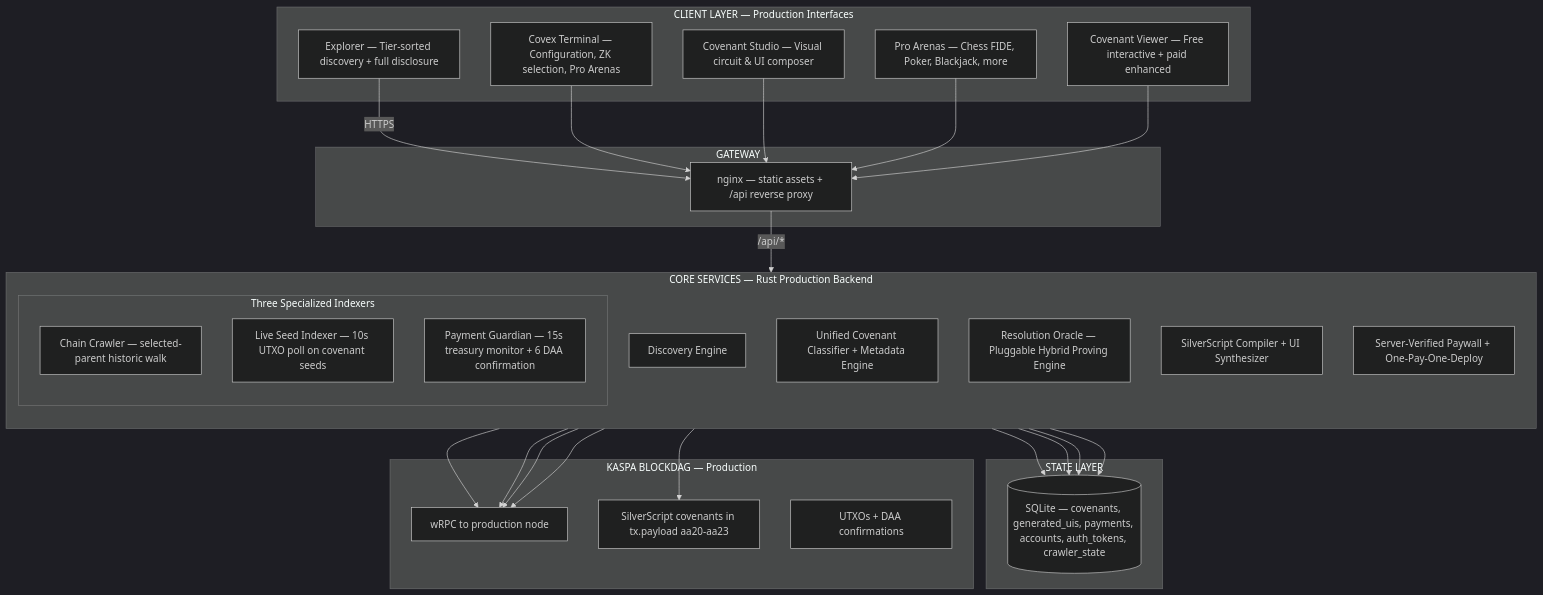
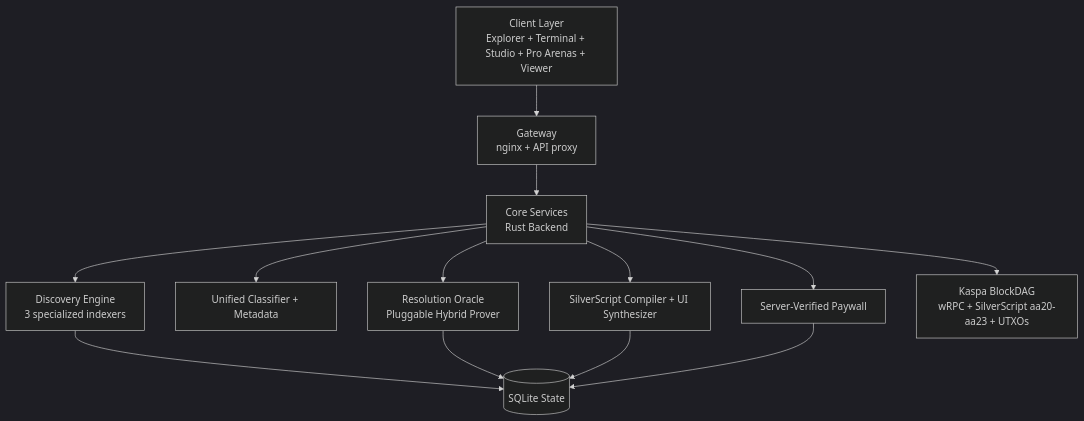
The first of 5 diagrams in README.md (THTProtocol/Covex27), drawn with Mermaid (dark theme) before and after one commit. The commit also changed other lines of this file, not shown here.

First line of the commit message:
docs(readme): Bigger focused mermaid diagrams + no em-dashes + more engaging narrative

````diff
--- a/README.md
+++ b/README.md
@@ -46,56 +58,19 @@
 ```mermaid
 flowchart TB
-    subgraph Client["CLIENT LAYER — Production Interfaces"]
-        E[Explorer — Tier-sorted discovery + full disclosure]
-        T[Covex Terminal — Configuration, ZK selection, Pro Arenas]
-        CS[Covenant Studio — Visual circuit & UI composer]
-        A[Pro Arenas — Chess FIDE, Poker, Blackjack, more]
-        V[Covenant Viewer — Free interactive + paid enhanced]
-    end
+    Client[Client Layer<br/>Explorer + Terminal + Studio + Pro Arenas + Viewer] 
+    --> Gateway[Gateway<br/>nginx + API proxy]
+    --> Core[Core Services<br/>Rust Backend]
 
-    subgraph Gateway["GATEWAY"]
-        N[nginx — static assets + /api reverse proxy]
-    end
+    Core --> Discovery[Discovery Engine<br/>3 specialized indexers]
+    Core --> Classifier[Unified Classifier + Metadata]
+    Core --> Oracle[Resolution Oracle<br/>Pluggable Hybrid Prover]
+    Core --> Compiler[SilverScript Compiler + UI Synthesizer]
+    Core --> Paywall[Server-Verified Paywall]
 
-    subgraph Core["CORE SERVICES — Rust Production Backend"]
-        direction TB
-        DISC[Discovery Engine]
-        subgraph Discovery["Three Specialized Indexers"]
-            C[Chain Crawler — selected-parent historic walk]
-            I[Live Seed Indexer — 10s UTXO poll on covenant seeds]
-            P[Payment Guardian — 15s treasury monitor + 6 DAA confirmation]
-        end
-        CLS[Unified Covenant Classifier + Metadata Engine]
-        ORC[Resolution Oracle — Pluggable Hybrid Proving Engine]
-        CMP[SilverScript Compiler + UI Synthesizer]
-        AUTH[Server-Verified Paywall + One-Pay-One-Deploy]
-    end
+    Discovery --> State[(SQLite State)]
+    Oracle --> State
+    Compiler --> State
+    Paywall --> State
 
-    subgraph State["STATE LAYER"]
-        DB[(SQLite — covenants, generated_uis, payments, accounts, auth_tokens, crawler_state)]
-    end
-
-    subgraph Kaspa["KASPA BLOCKDAG — Production"]
-        K[wRPC to production node]
-        S[SilverScript covenants in tx.payload aa20-aa23]
-        U[UTXOs + DAA confirmations]
-    end
-
-    E -->|HTTPS| N
-    T --> N
-    CS --> N
-    A --> N
-    V --> N
-    N -->|/api/*| Core
-
-    DISC --> DB
-    ORC --> DB
-    CMP --> DB
-    AUTH --> DB
-
-    C --> K
-    I --> K
-    P --> K
-    ORC --> K
-    CMP --> S
+    Core --> Kaspa[Kaspa BlockDAG<br/>wRPC + SilverScript aa20-aa23 + UTXOs]
 ```
````
